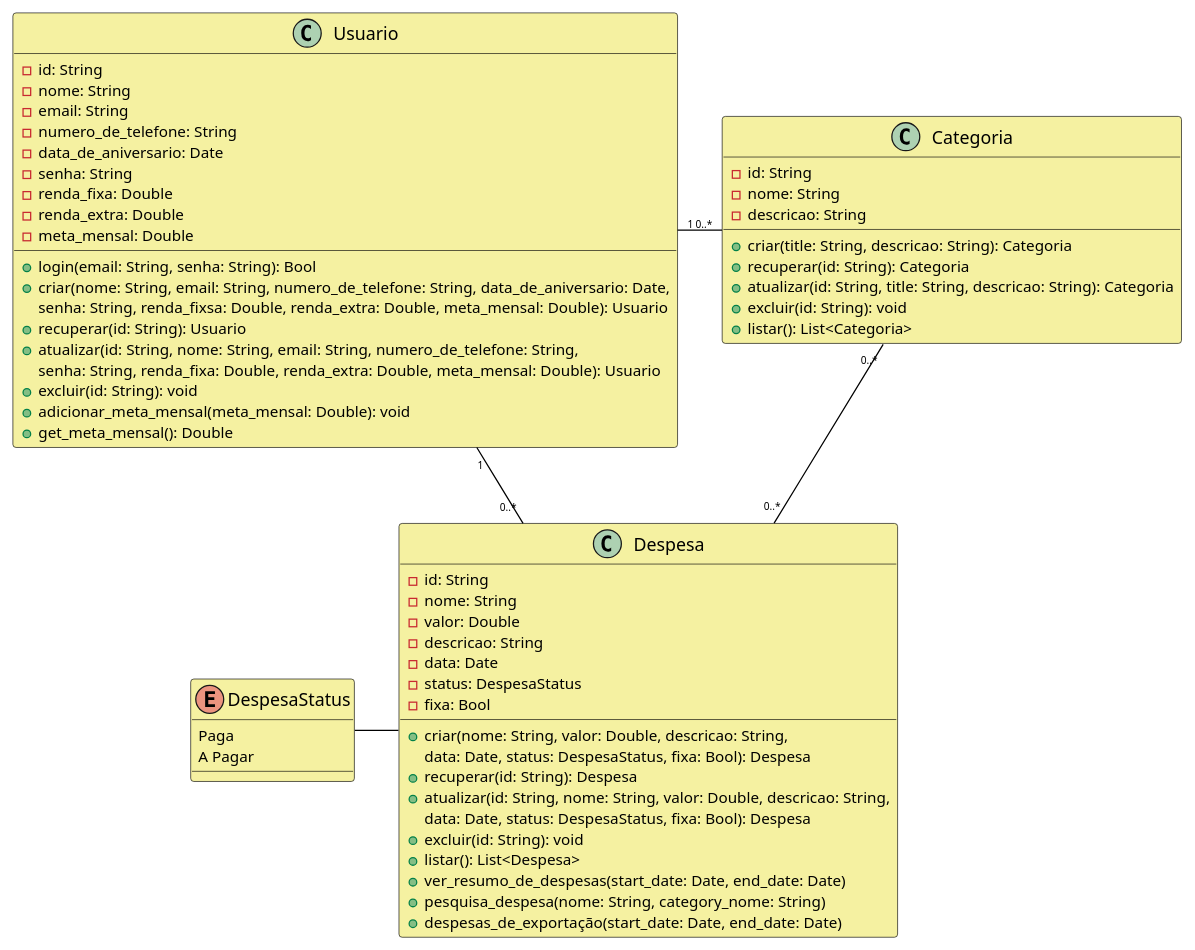
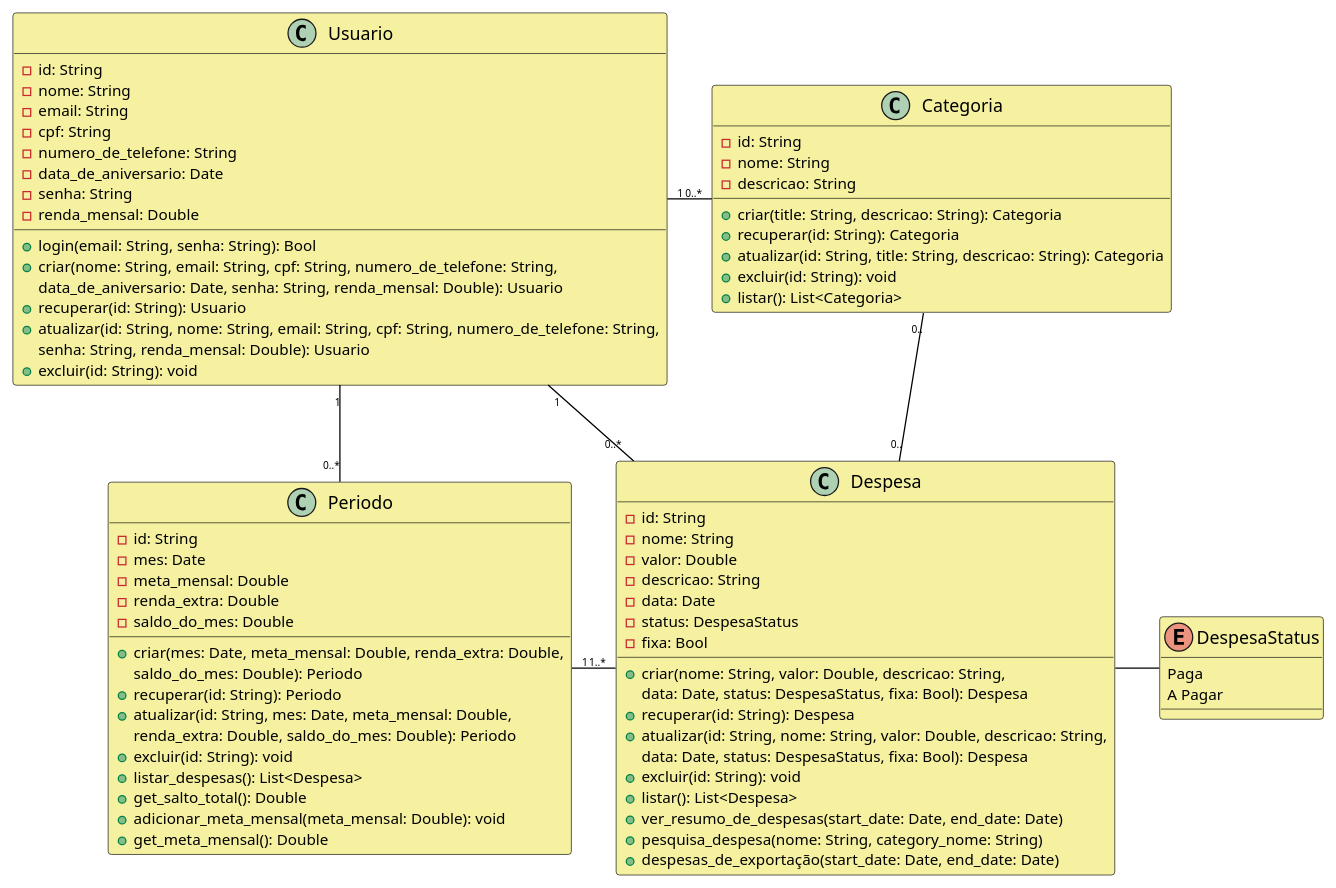
One commit to LucasMairon/FinanSee changed the diagram in documents/class_diagram/class_diagram.puml. Above: the diagram before and after it, drawn with PlantUML. The commit also changed 1 other file, not shown here.

Commit message:
docs: updating class diagram

```diff
--- a/documents/class_diagram/class_diagram.puml
+++ b/documents/class_diagram/class_diagram.puml
@@ -1,73 +1,94 @@
 @startuml Diagrama de classes
 
 skinparam ClassAttributeFontSize 12
 skinparam ClassFontSize 14
 skinparam ClassBorderColor black
 skinparam ArrowColor black
 skinparam ArrowFontSize 8
 skinparam ClassBackgroundColor #F5F1A1
 
 
 class Usuario {
- -id: String
- -nome: String
- -email: String
- -numero_de_telefone: String
- -data_de_aniversario: Date
- -senha: String
- -renda_fixa: Double
- -renda_extra: Double
- -meta_mensal: Double
- +login(email: String, senha: String): Bool
- +criar(nome: String, email: String, numero_de_telefone: String, data_de_aniversario: Date, 
-  senha: String, renda_fixsa: Double, renda_extra: Double, meta_mensal: Double): Usuario
- +recuperar(id: String): Usuario
- +atualizar(id: String, nome: String, email: String, numero_de_telefone: String,
- senha: String, renda_fixa: Double, renda_extra: Double, meta_mensal: Double): Usuario
- +excluir(id: String): void
- +adicionar_meta_mensal(meta_mensal: Double): void
- +get_meta_mensal(): Double
+    -id: String
+    -nome: String
+    -email: String
+    -cpf: String
+    -numero_de_telefone: String
+    -data_de_aniversario: Date
+    -senha: String
+    -renda_mensal: Double
+    +login(email: String, senha: String): Bool
+    +criar(nome: String, email: String, cpf: String, numero_de_telefone: String, 
+    data_de_aniversario: Date, senha: String, renda_mensal: Double): Usuario
+    +recuperar(id: String): Usuario
+    +atualizar(id: String, nome: String, email: String, cpf: String, numero_de_telefone: String,
+    senha: String, renda_mensal: Double): Usuario
+    +excluir(id: String): void
 }
 
 class Despesa {
- -id: String
- -nome: String
- -valor: Double
- -descricao: String
- -data: Date
- -status: DespesaStatus
- -fixa: Bool
- +criar(nome: String, valor: Double, descricao: String,
-  data: Date, status: DespesaStatus, fixa: Bool): Despesa
- +recuperar(id: String): Despesa
- +atualizar(id: String, nome: String, valor: Double, descricao: String, 
-  data: Date, status: DespesaStatus, fixa: Bool): Despesa
- +excluir(id: String): void
- +listar(): List<Despesa>
- +ver_resumo_de_despesas(start_date: Date, end_date: Date)
- +pesquisa_despesa(nome: String, category_nome: String)
- +despesas_de_exportação(start_date: Date, end_date: Date)
+    -id: String
+    -nome: String
+    -valor: Double
+    -descricao: String
+    -data: Date
+    -status: DespesaStatus
+    -fixa: Bool
+    +criar(nome: String, valor: Double, descricao: String,
+    data: Date, status: DespesaStatus, fixa: Bool): Despesa
+    +recuperar(id: String): Despesa
+    +atualizar(id: String, nome: String, valor: Double, descricao: String, 
+    data: Date, status: DespesaStatus, fixa: Bool): Despesa
+    +excluir(id: String): void
+    +listar(): List<Despesa>
+    +ver_resumo_de_despesas(start_date: Date, end_date: Date)
+    +pesquisa_despesa(nome: String, category_nome: String)
+    +despesas_de_exportação(start_date: Date, end_date: Date)
 }
 
+
 class Categoria {
- -id: String
- -nome: String
- -descricao: String
- +criar(title: String, descricao: String): Categoria
- +recuperar(id: String): Categoria
- +atualizar(id: String, title: String, descricao: String): Categoria
- +excluir(id: String): void
- +listar(): List<Categoria>
+    -id: String
+    -nome: String
+    -descricao: String
+    +criar(title: String, descricao: String): Categoria
+    +recuperar(id: String): Categoria
+    +atualizar(id: String, title: String, descricao: String): Categoria
+    +excluir(id: String): void
+    +listar(): List<Categoria>
 }
 
-enum DespesaStatus {
- Paga
- A Pagar
+
+class Periodo {
+    -id: String
+    -mes: Date
+    -meta_mensal: Double
+    -renda_extra: Double
+    -saldo_do_mes: Double
+    +criar(mes: Date, meta_mensal: Double, renda_extra: Double, 
+    saldo_do_mes: Double): Periodo
+    +recuperar(id: String): Periodo
+    +atualizar(id: String, mes: Date, meta_mensal: Double,
+    renda_extra: Double, saldo_do_mes: Double): Periodo
+    +excluir(id: String): void
+    +listar_despesas(): List<Despesa>
+    +get_salto_total(): Double
+    +adicionar_meta_mensal(meta_mensal: Double): void
+    +get_meta_mensal(): Double
 }
 
+
+enum DespesaStatus {
+    Paga
+    A Pagar
+}
+
+
+Usuario"1" -- "0..*"Periodo
 Usuario"1" -down- "0..*"Despesa
 Usuario"1" -right- "0..*"Categoria
-Despesa"0..*" -up- "0..*"Categoria
-Despesa -left- DespesaStatus
+Despesa"0.." -up- "0.."Categoria
+Despesa -right- DespesaStatus
+Despesa"1..*" -left- "1"Periodo
 
 @enduml
```
